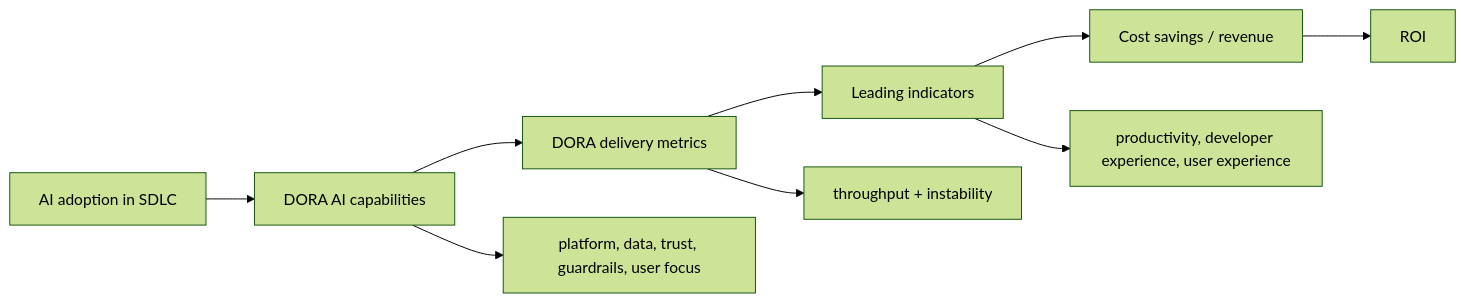
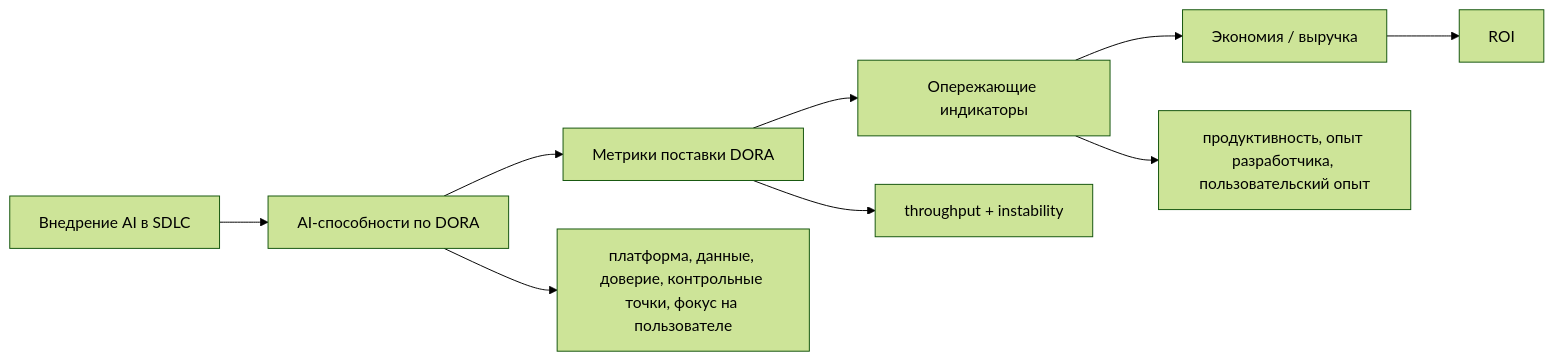
Before and after one commit to VladimirSemenyuk/KnowledgeOS: the second of 3 diagrams in Frameworks/ai-transformation/dora-roi-of-ai-assisted-software-development-2026.md, drawn with Mermaid (forest theme). The commit also changed other lines of this file and 3 other files, not shown here.

````diff
--- a/Frameworks/ai-transformation/dora-roi-of-ai-assisted-software-development-2026.md
+++ b/Frameworks/ai-transformation/dora-roi-of-ai-assisted-software-development-2026.md
@@ -164,12 +164,12 @@
 ```mermaid
 flowchart LR
-    A["AI adoption in SDLC"] --> B["DORA AI capabilities"]
-    B --> C["DORA delivery metrics"]
-    C --> D["Leading indicators"]
-    D --> E["Cost savings / revenue"]
+    A["Внедрение AI в SDLC"] --> B["AI-способности по DORA"]
+    B --> C["Метрики поставки DORA"]
+    C --> D["Опережающие индикаторы"]
+    D --> E["Экономия / выручка"]
     E --> F["ROI"]
 
-    B --> B1["platform, data, trust, guardrails, user focus"]
+    B --> B1["платформа, данные, доверие, контрольные точки, фокус на пользователе"]
     C --> C1["throughput + instability"]
-    D --> D1["productivity, developer experience, user experience"]
+    D --> D1["продуктивность, опыт разработчика, пользовательский опыт"]
 ```
````
